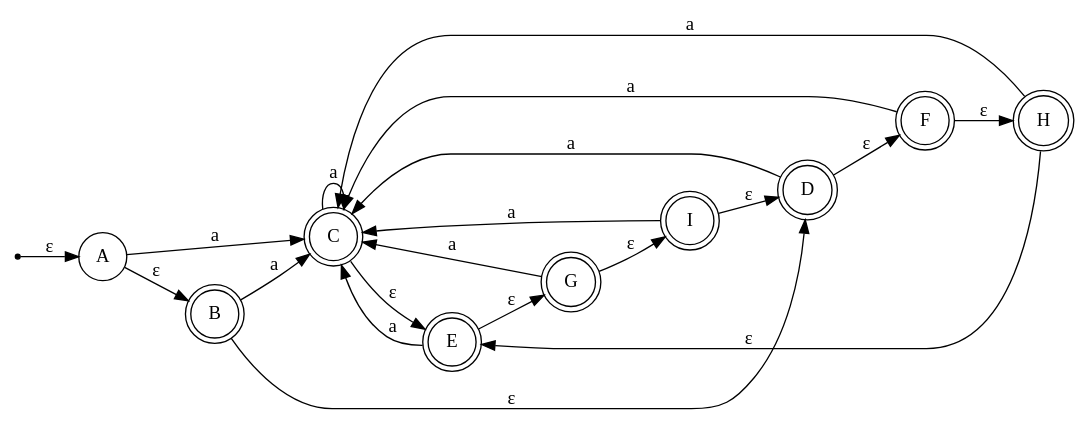
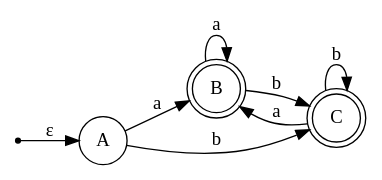
One commit to DiggsPapu/TeoriaComputacion changed the diagram in Graphs/AFD/afd3.dot. Above: the diagram before and after it, drawn with Graphviz. The commit also changed 4 other files, not shown here.

```diff
--- a/Graphs/AFD/afd3.dot
+++ b/Graphs/AFD/afd3.dot
@@ -1,32 +1,14 @@
 digraph AFD{
 node [shape=circle];
 rankdir=LR;
 init [label="", shape=point];
 B[shape=doublecircle] [label="B"];
 C[shape=doublecircle] [label="C"];
-D[shape=doublecircle] [label="D"];
-E[shape=doublecircle] [label="E"];
-F[shape=doublecircle] [label="F"];
-G[shape=doublecircle] [label="G"];
-H[shape=doublecircle] [label="H"];
-I[shape=doublecircle] [label="I"];
 init->A[label="ε"];
-A->B[label="ε"];
-A->C[label="a"];
-B->D[label="ε"];
-B->C[label="a"];
-C->E[label="ε"];
-C->C[label="a"];
-D->F[label="ε"];
-D->C[label="a"];
-E->G[label="ε"];
-E->C[label="a"];
-F->H[label="ε"];
-F->C[label="a"];
-G->I[label="ε"];
-G->C[label="a"];
-H->E[label="ε"];
-H->C[label="a"];
-I->D[label="ε"];
-I->C[label="a"];
+A->B[label="a"];
+A->C[label="b"];
+B->B[label="a"];
+B->C[label="b"];
+C->B[label="a"];
+C->C[label="b"];
 }
```
